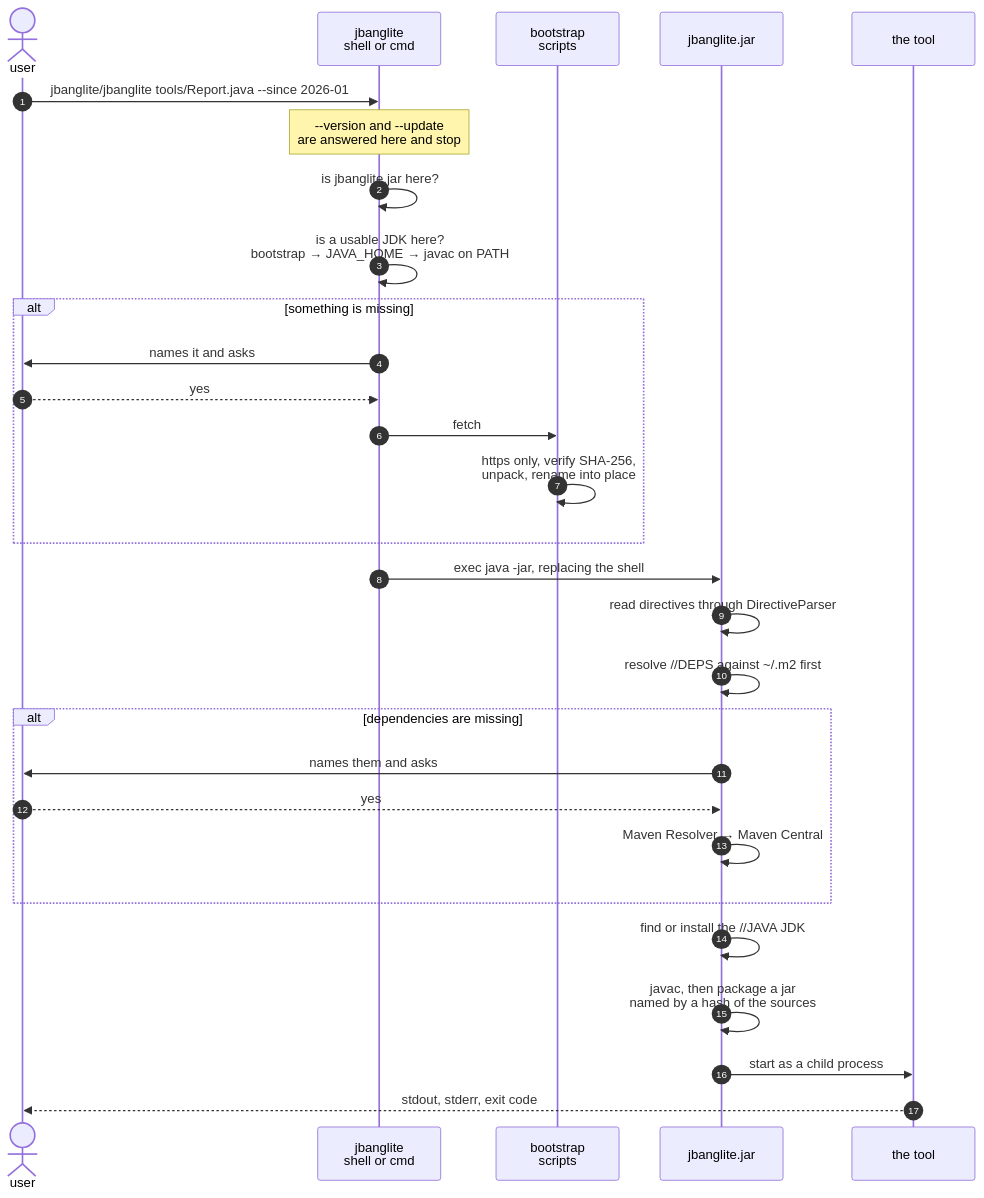
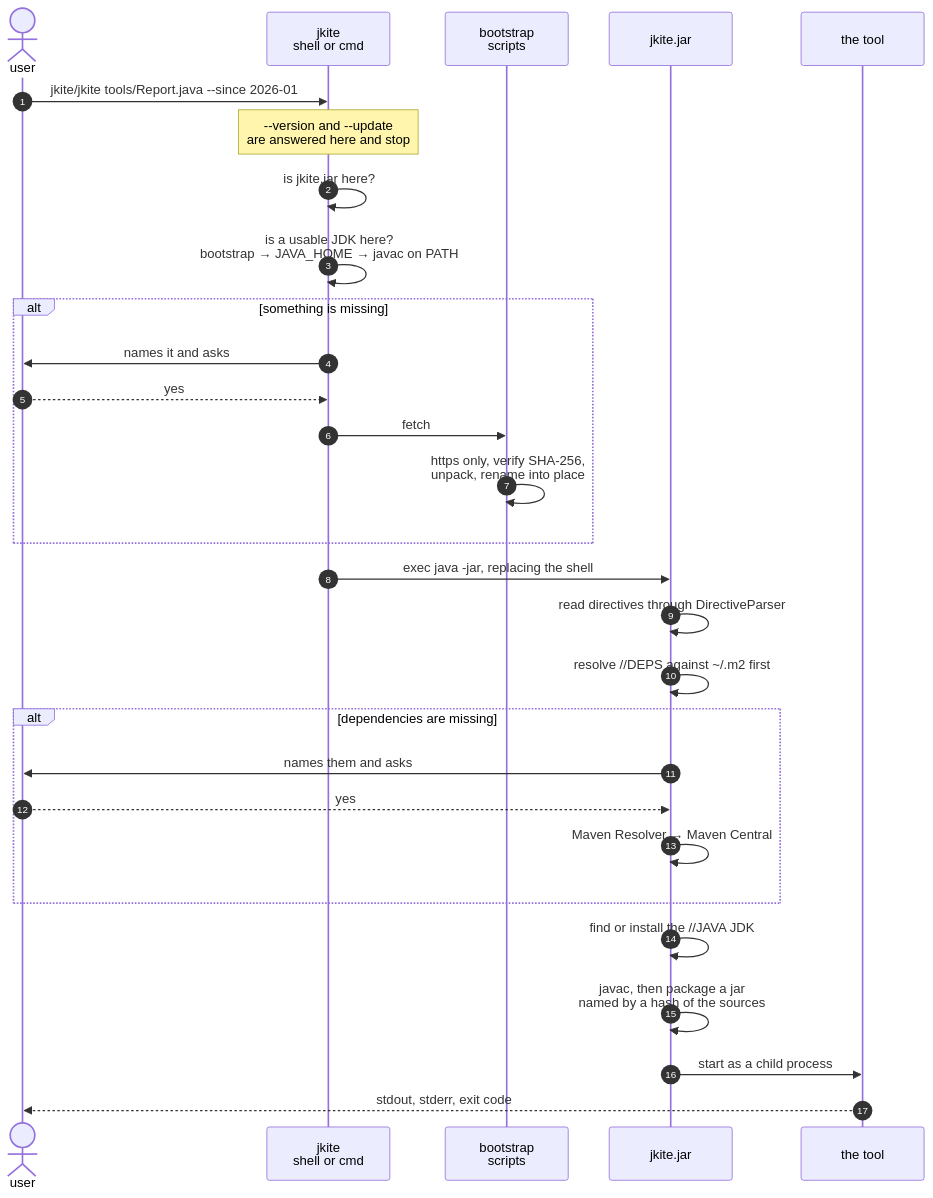
Before and after one commit to instreest/jbang: the second of 3 diagrams in docs/ARCHITECTURE.md, drawn with Mermaid. The commit also changed other lines of this file and 56 other files, not shown here.

````diff
--- a/docs/ARCHITECTURE.md
+++ b/docs/ARCHITECTURE.md
@@ -39,32 +39,32 @@
 ```mermaid
 sequenceDiagram
   autonumber
   actor U as user
-  participant L as jbanglite<br/>shell or cmd
+  participant L as jkite<br/>shell or cmd
   participant BS as bootstrap<br/>scripts
-  participant JAR as jbanglite.jar
+  participant JAR as jkite.jar
   participant SC as the tool
 
-  U->>L: jbanglite/jbanglite tools/Report.java --since 2026-01
+  U->>L: jkite/jkite tools/Report.java --since 2026-01
   Note over L: --version and --update<br/>are answered here and stop
-  L->>L: is jbanglite.jar here?
+  L->>L: is jkite.jar here?
   L->>L: is a usable JDK here?<br/>bootstrap → JAVA_HOME → javac on PATH
   alt something is missing
     L->>U: names it and asks
     U-->>L: yes
     L->>BS: fetch
     BS->>BS: https only, verify SHA-256,<br/>unpack, rename into place
   end
   L->>JAR: exec java -jar, replacing the shell
   JAR->>JAR: read directives through DirectiveParser
   JAR->>JAR: resolve //DEPS against ~/.m2 first
   alt dependencies are missing
     JAR->>U: names them and asks
     U-->>JAR: yes
     JAR->>JAR: Maven Resolver → Maven Central
   end
   JAR->>JAR: find or install the //JAVA JDK
   JAR->>JAR: javac, then package a jar<br/>named by a hash of the sources
   JAR->>SC: start as a child process
   SC-->>U: stdout, stderr, exit code
 ```
````
